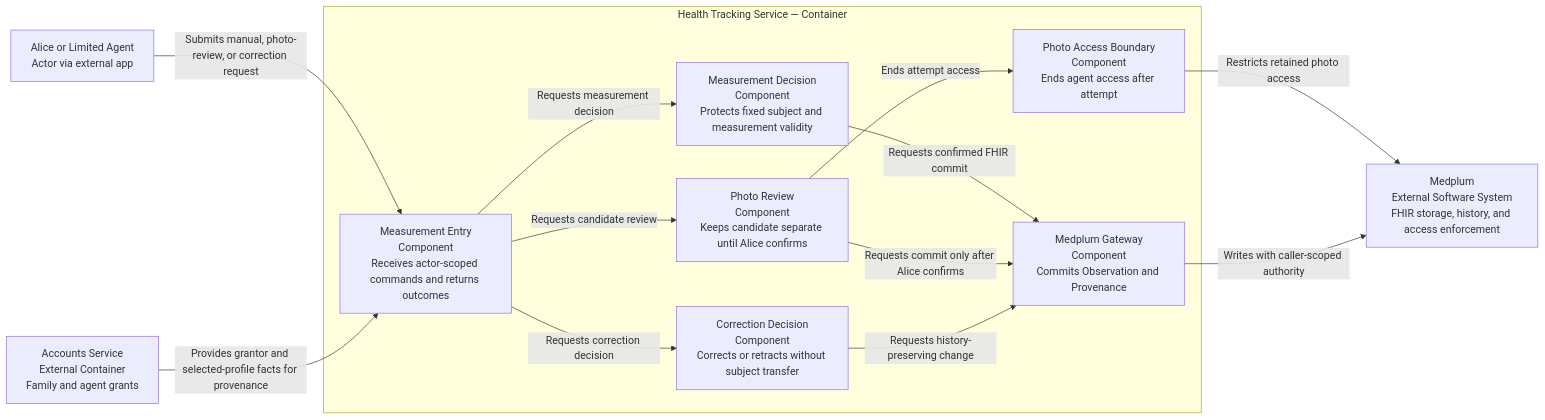
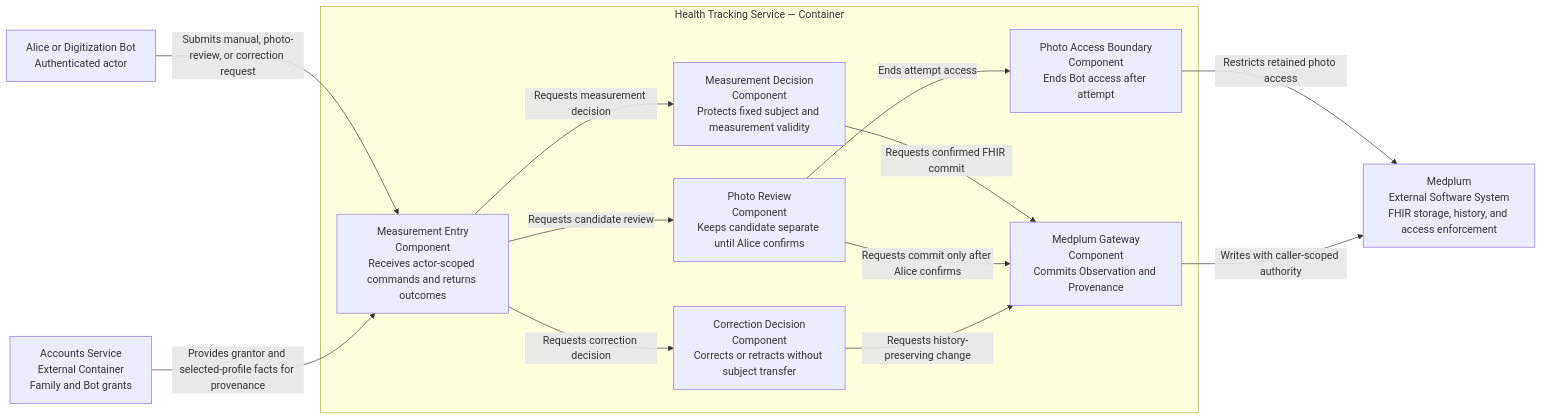
One commit to ragavsathish/medplum changed the first of 2 diagrams in examples/medplum-health-tracking/dhf/documents/design/health_tracking.md. Above: the diagram before and after it, drawn with Mermaid. The commit also changed other lines of this file and 24 other files, not shown here.

Commit message:
refactor health tracking account acceptance flow

````diff
--- a/examples/medplum-health-tracking/dhf/documents/design/health_tracking.md
+++ b/examples/medplum-health-tracking/dhf/documents/design/health_tracking.md
@@ -85,27 +88,27 @@
 ```mermaid
 flowchart LR
-    caller["Alice or Limited Agent<br/>Actor via external app"]
+    caller["Alice or Digitization Bot<br/>Authenticated actor"]
     medplum["Medplum<br/>External Software System<br/>FHIR storage, history, and access enforcement"]
-    accounts["Accounts Service<br/>External Container<br/>Family and agent grants"]
+    accounts["Accounts Service<br/>External Container<br/>Family and Bot grants"]
 
     subgraph tracking["Health Tracking Service — Container"]
         entry["Measurement Entry<br/>Component<br/>Receives actor-scoped commands and returns outcomes"]
         decision["Measurement Decision<br/>Component<br/>Protects fixed subject and measurement validity"]
         photo["Photo Review<br/>Component<br/>Keeps candidate separate until Alice confirms"]
         correction["Correction Decision<br/>Component<br/>Corrects or retracts without subject transfer"]
-        evidence["Photo Access Boundary<br/>Component<br/>Ends agent access after attempt"]
+        evidence["Photo Access Boundary<br/>Component<br/>Ends Bot access after attempt"]
         fhir["Medplum Gateway<br/>Component<br/>Commits Observation and Provenance"]
     end
 
     caller -->|"Submits manual, photo-review, or correction request"| entry
     accounts -->|"Provides grantor and selected-profile facts for provenance"| entry
     entry -->|"Requests measurement decision"| decision
     entry -->|"Requests candidate review"| photo
     entry -->|"Requests correction decision"| correction
     photo -->|"Ends attempt access"| evidence
     decision -->|"Requests confirmed FHIR commit"| fhir
     photo -->|"Requests commit only after Alice confirms"| fhir
     correction -->|"Requests history-preserving change"| fhir
     evidence -->|"Restricts retained photo access"| medplum
     fhir -->|"Writes with caller-scoped authority"| medplum
 ```
````
